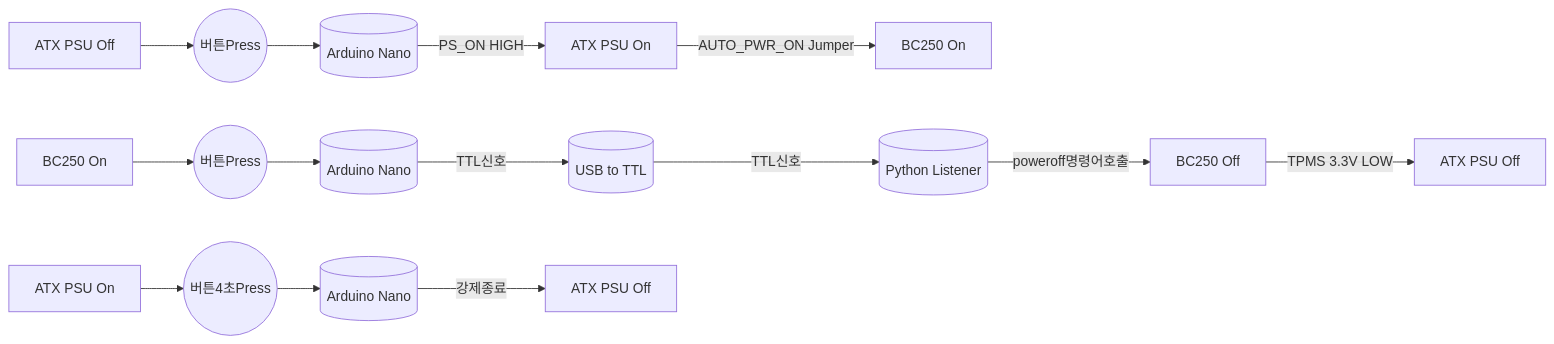
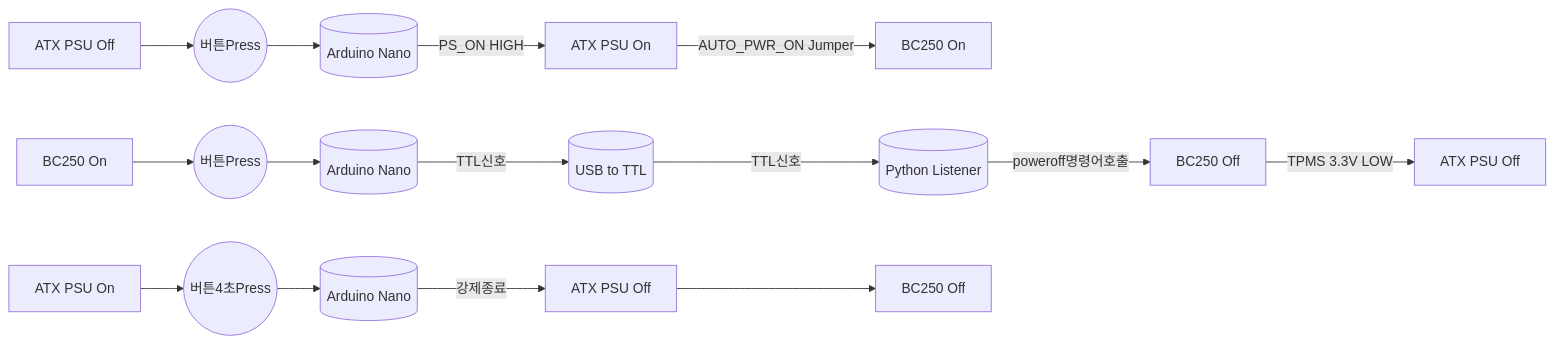
One commit to coolsolgit/BC250-ATX-PSU-Control changed the first of 2 diagrams in README.md. Above: the diagram before and after it, drawn with Mermaid.

````diff
--- a/README.md
+++ b/README.md
@@ -23,18 +23,17 @@
 ```mermaid
 flowchart LR
 A1[ATX PSU Off] --> B1((버튼Press))
   B1 --> C1[(Arduino Nano)]
   C1 -->|PS_ON HIGH| D1[ATX PSU On]
   D1 -->|AUTO_PWR_ON Jumper| E1[BC250 On]
 A2[BC250 On] --> B2((버튼Press))
   B2 --> C2[(Arduino Nano)]
   C2 -->|TTL신호| D2[(USB to TTL)]
   D2 -->|TTL신호| E2[(Python Listener)]
   E2 -->|poweroff명령어호출| F2[BC250 Off]
   F2 -->|TPMS 3.3V LOW| G2[ATX PSU Off]
 A3[ATX PSU On] --> B3((버튼4초Press))
   B3 --> C3[(Arduino Nano)]
   C3 -->|강제종료| D3[ATX PSU Off]
-
-
+  D3 --> E3[BC250 Off]
 ```
````
